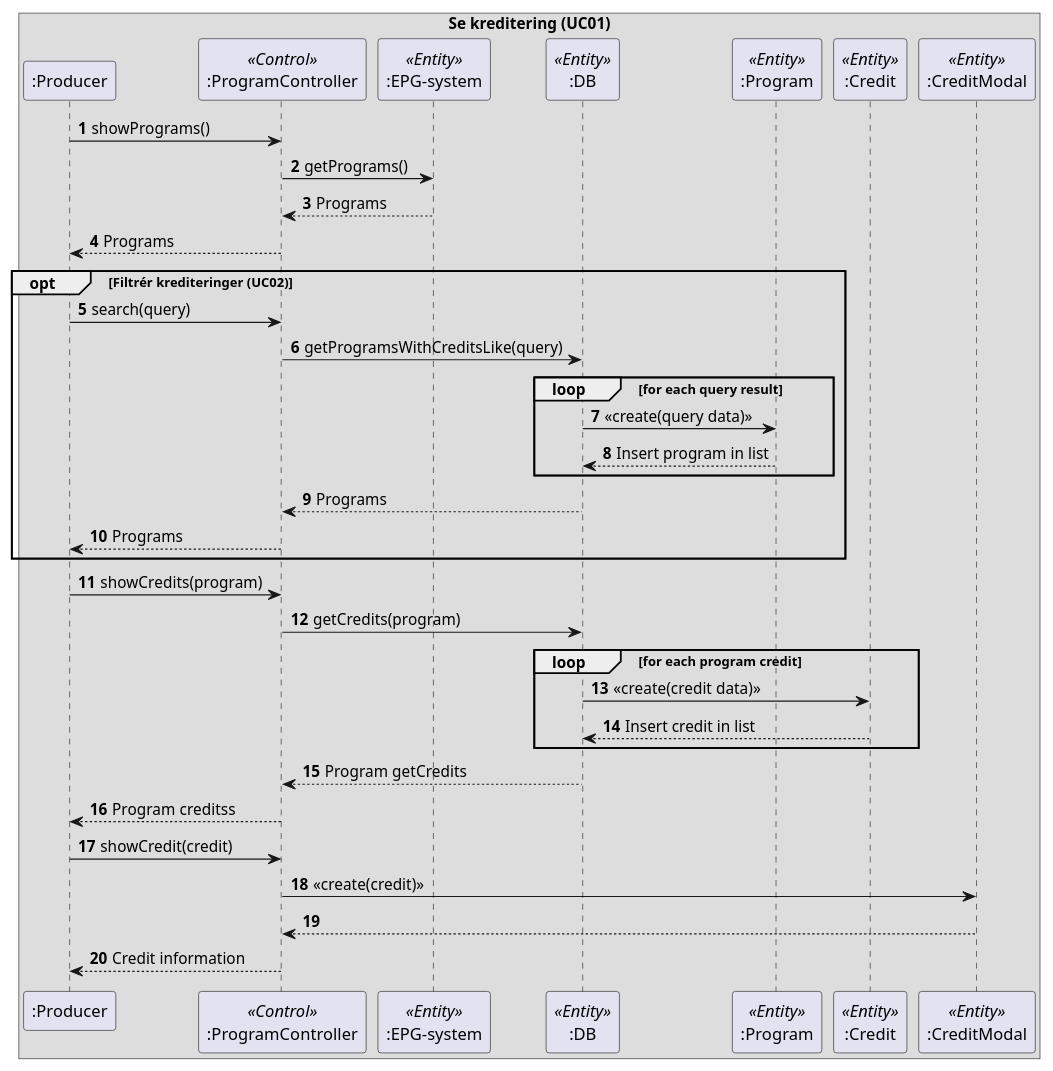
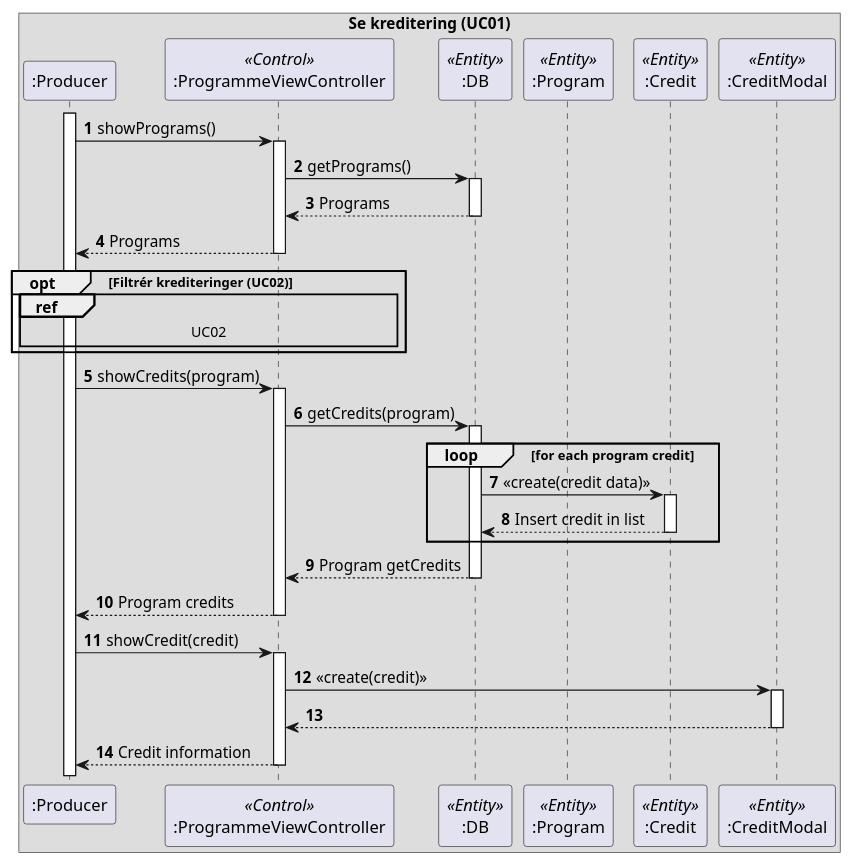
One commit to amatzen/SE02-SE-G02-SPRO changed the diagram in uml/sequence_diagrams/operation/UC01_show_credit.puml. Above: the diagram before and after it, drawn with PlantUML. The commit also changed 23 other files, not shown here.

```diff
--- a/uml/sequence_diagrams/operation/UC01_show_credit.puml
+++ b/uml/sequence_diagrams/operation/UC01_show_credit.puml
@@ -1,46 +1,55 @@
 @startuml
 'https://plantuml.com/sequence-diagram
 
 autonumber
 
 box Se kreditering (UC01)
     participant ":Producer" as producer
-    participant ":ProgramController" as programController <<Control>>
-    participant ":EPG-system" as epg <<Entity>>
+    participant ":ProgrammeViewController" as programController <<Control>>
     participant ":DB" as db <<Entity>>
     participant ":Program" as program <<Entity>>
     participant ":Credit" as credit <<Entity>>
     participant ":CreditModal" as creditModal <<Entity>>
 end box
 
+activate producer
 producer -> programController : showPrograms()
-programController -> epg : getPrograms()
-programController <-- epg : Programs
+activate programController
+programController -> db : getPrograms()
+activate db
+programController <-- db : Programs
+deactivate db
 producer <-- programController : Programs
+deactivate programController
 
 opt Filtrér krediteringer (UC02)
-    producer -> programController : search(query)
-    programController -> db : getProgramsWithCreditsLike(query)
-    loop for each query result
-        db -> program : <<create(query data)>>
-        db <-- program : Insert program in list
-    end
-    programController <-- db : Programs
-    producer <-- programController : Programs
+    ref over producer, programController : UC02
 end
 
 producer -> programController : showCredits(program)
+activate programController
 programController -> db : getCredits(program)
+activate db
+
 loop for each program credit
 db -> credit : <<create(credit data)>>
+activate credit
 db <-- credit : Insert credit in list
+deactivate credit
 end
+
 programController <-- db : Program getCredits
-producer <-- programController : Program creditss
+deactivate db
+producer <-- programController : Program credits
+deactivate programController
 
 producer -> programController : showCredit(credit)
+activate programController
 programController -> creditModal : <<create(credit)>>
+activate creditModal
 programController <-- creditModal
+deactivate creditModal
 producer <-- programController : Credit information
+deactivate programController
 
 @enduml
```
